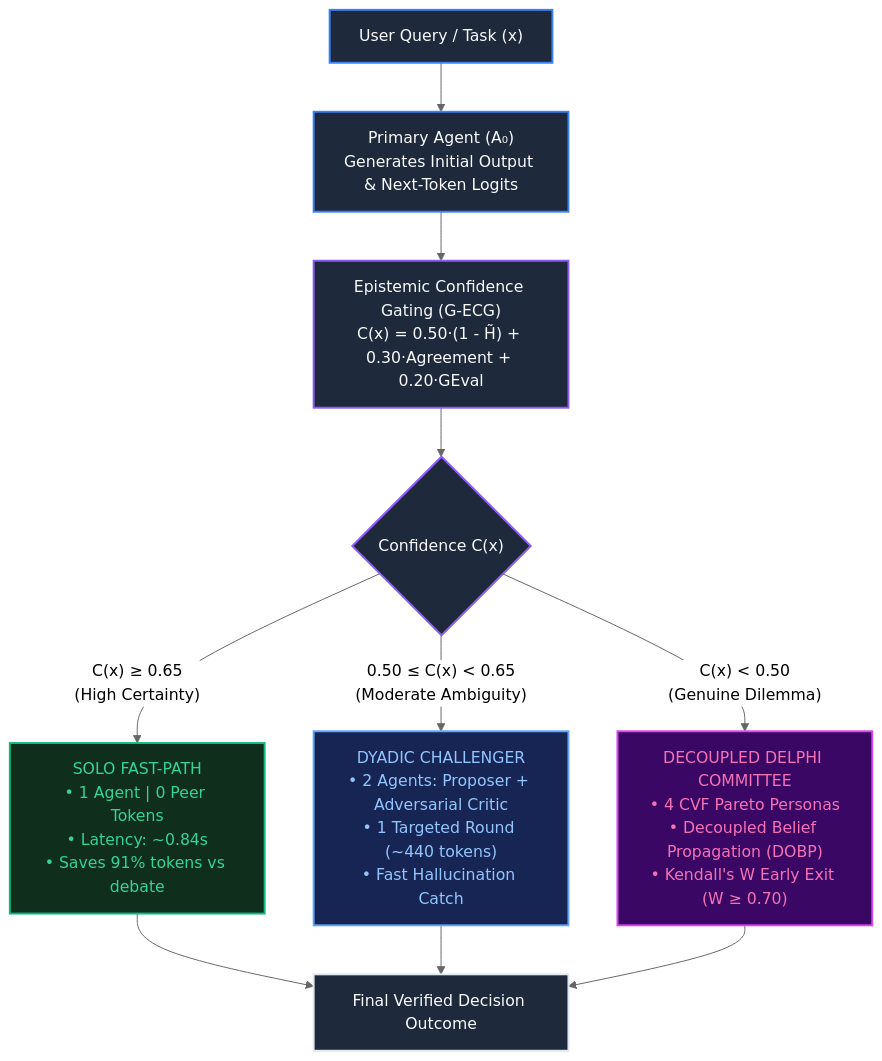
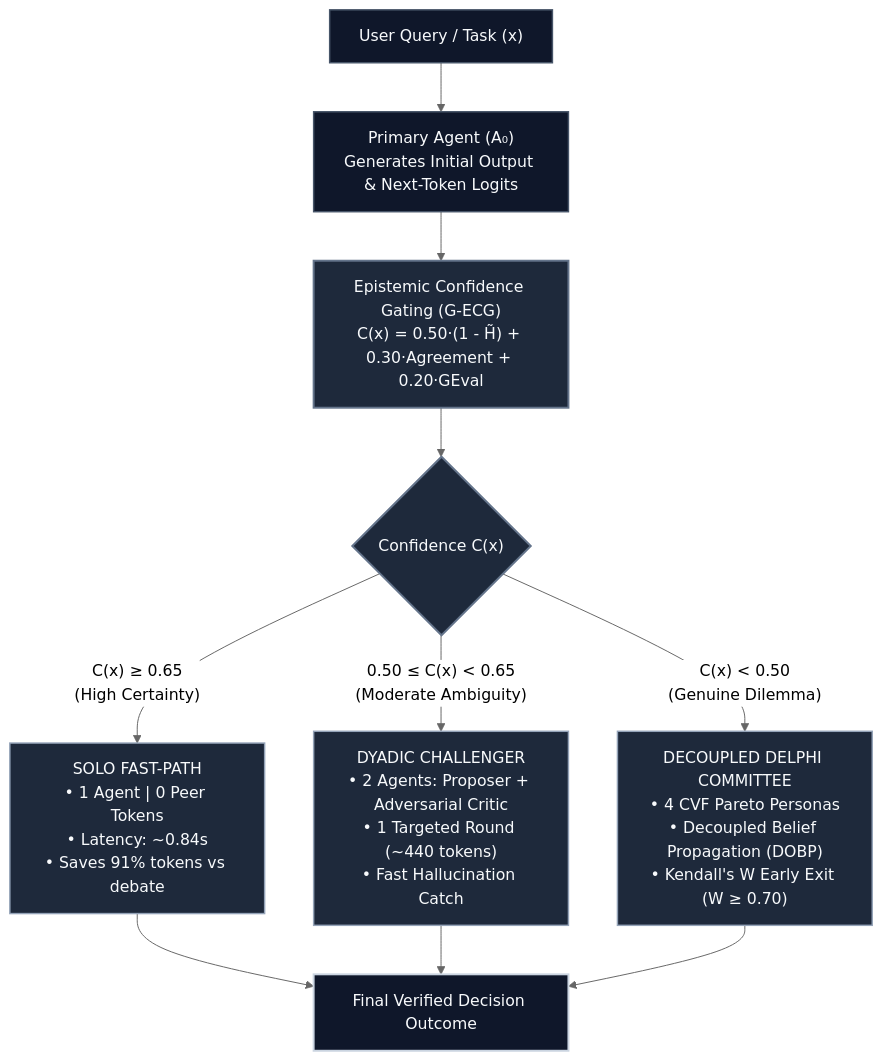
One commit to ramnnn2006/confidence-gated-consultation changed the first of 2 diagrams in README.md. Above: the diagram before and after it, drawn with Mermaid (neutral theme). The commit also changed other lines of this file, not shown here.

Commit message:
switch diagrams to neutral slate palette

````diff
--- a/README.md
+++ b/README.md
@@ -17,31 +17,27 @@
 ```mermaid
 flowchart TD
     In["User Query / Task (x)"] --> PA["Primary Agent (A₀)\nGenerates Initial Output & Next-Token Logits"]
     PA --> ECG["Epistemic Confidence Gating (G-ECG)\nC(x) = 0.50·(1 - H̃) + 0.30·Agreement + 0.20·GEval"]
     
     ECG --> Gate{"Confidence C(x)"}
     
     Gate -- "C(x) ≥ 0.65\n(High Certainty)" --> Solo["SOLO FAST-PATH\n• 1 Agent | 0 Peer Tokens\n• Latency: ~0.84s\n• Saves 91% tokens vs debate"]
     
     Gate -- "0.50 ≤ C(x) < 0.65\n(Moderate Ambiguity)" --> Dyad["DYADIC CHALLENGER\n• 2 Agents: Proposer + Adversarial Critic\n• 1 Targeted Round (~440 tokens)\n• Fast Hallucination Catch"]
     
     Gate -- "C(x) < 0.50\n(Genuine Dilemma)" --> Delphi["DECOUPLED DELPHI COMMITTEE\n• 4 CVF Pareto Personas\n• Decoupled Belief Propagation (DOBP)\n• Kendall's W Early Exit (W ≥ 0.70)"]
     
     Solo --> Out["Final Verified Decision Outcome"]
     Dyad --> Out
     Delphi --> Out
 
-    classDef primary fill:#1e293b,stroke:#3b82f6,stroke-width:2px,color:#f8fafc;
-    classDef gate fill:#1e293b,stroke:#8b5cf6,stroke-width:2px,color:#f8fafc;
-    classDef solo fill:#0f2e1b,stroke:#10b981,stroke-width:2px,color:#34d399;
-    classDef dyad fill:#172554,stroke:#60a5fa,stroke-width:2px,color:#93c5fd;
-    classDef delphi fill:#3b0764,stroke:#d946ef,stroke-width:2px,color:#f472b6;
-    classDef finalNode fill:#1e293b,stroke:#e2e8f0,stroke-width:2px,color:#f8fafc;
+    classDef neutral fill:#0f172a,stroke:#475569,stroke-width:1.5px,color:#f8fafc;
+    classDef gateNode fill:#1e293b,stroke:#64748b,stroke-width:2px,color:#f8fafc;
+    classDef pathNode fill:#1e293b,stroke:#94a3b8,stroke-width:1.5px,color:#f8fafc;
+    classDef outNode fill:#0f172a,stroke:#cbd5e1,stroke-width:2px,color:#f8fafc;
 
-    class In,PA primary;
-    class ECG,Gate gate;
-    class Solo solo;
-    class Dyad dyad;
-    class Delphi delphi;
-    class Out finalNode;
+    class In,PA neutral;
+    class ECG,Gate gateNode;
+    class Solo,Dyad,Delphi pathNode;
+    class Out outNode;
 ```
````
